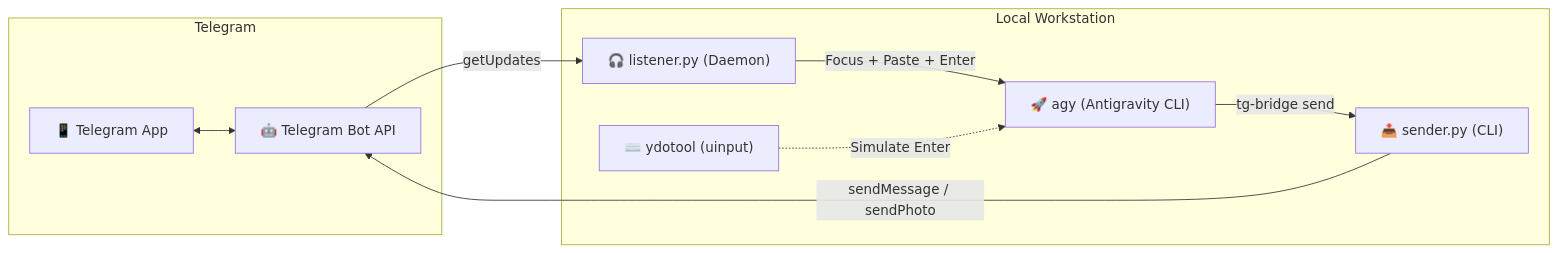
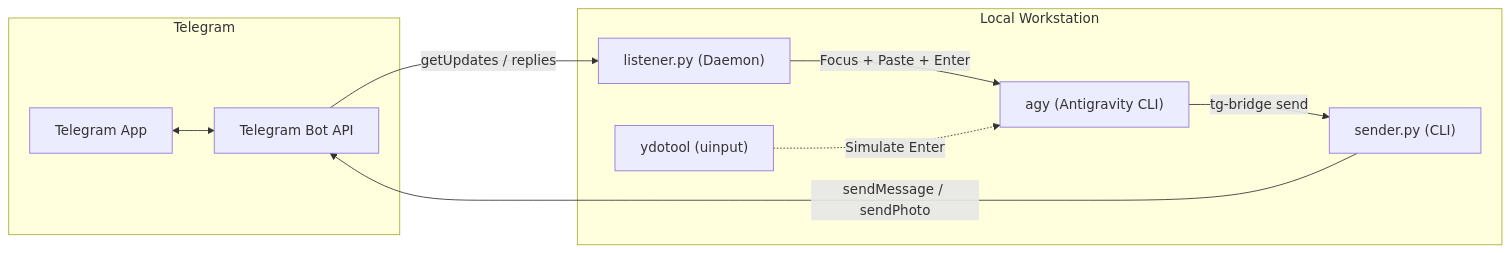
Before and after one commit to jendermine/tg-bridge: the diagram in README.md, drawn with Mermaid. The commit also changed other lines of this file and 3 other files, not shown here.

````diff
--- a/README.md
+++ b/README.md
@@ -21,21 +24,21 @@
 ```mermaid
 flowchart LR
     subgraph Telegram["Telegram"]
-        Phone["📱 Telegram App"]
-        Bot["🤖 Telegram Bot API"]
+        Phone["Telegram App"]
+        Bot["Telegram Bot API"]
         Phone <--> Bot
     end
 
     subgraph System["Local Workstation"]
-        Listener["🎧 listener.py (Daemon)"]
-        Sender["📤 sender.py (CLI)"]
-        YDoTool["⌨️ ydotool (uinput)"]
-        Agy["🚀 agy (Antigravity CLI)"]
+        Listener["listener.py (Daemon)"]
+        Sender["sender.py (CLI)"]
+        YDoTool["ydotool (uinput)"]
+        Agy["agy (Antigravity CLI)"]
 
-        Bot -->|getUpdates| Listener
+        Bot -->|getUpdates / replies| Listener
         Listener -->|Focus + Paste + Enter| Agy
         Agy -->|tg-bridge send| Sender
         Sender -->|sendMessage / sendPhoto| Bot
         YDoTool -.->|Simulate Enter| Agy
     end
 ```
````
